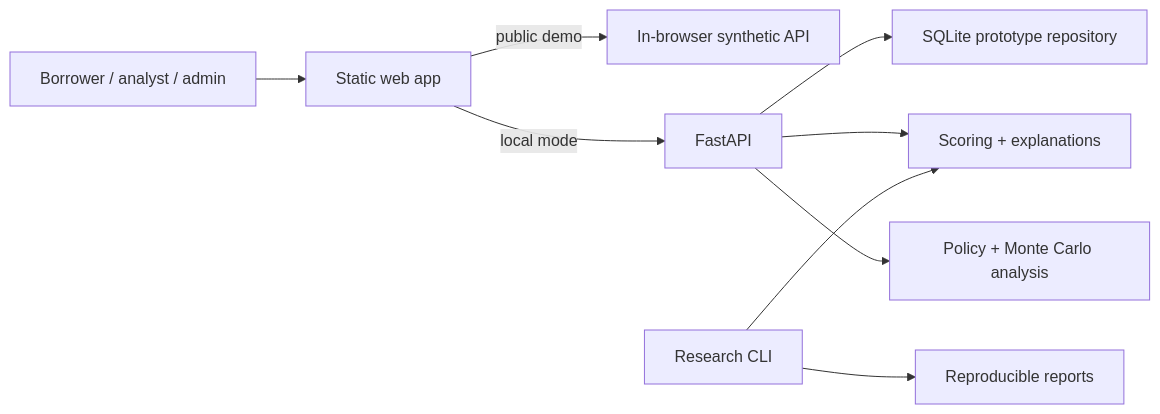
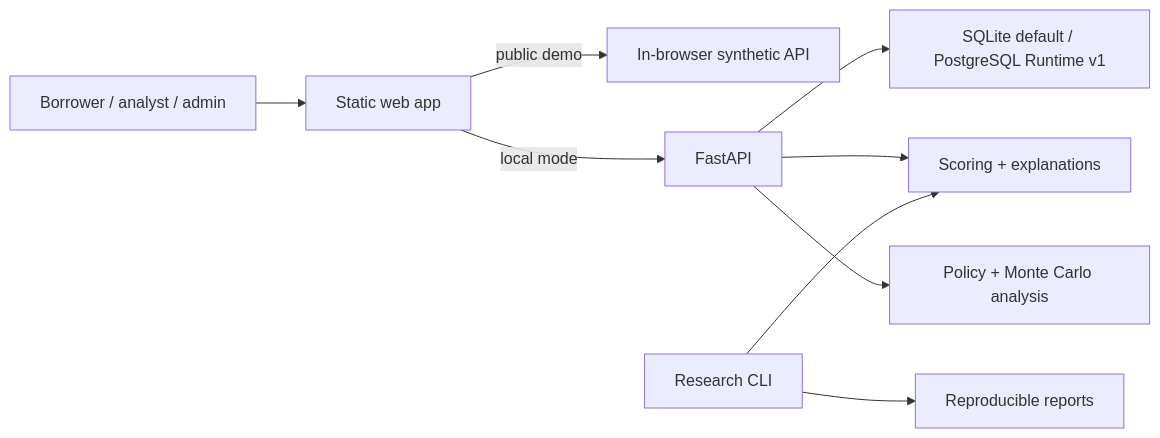
Before and after one commit to alex-tereshkovv/micro-score: the diagram in README.md, drawn with Mermaid. The commit also changed other lines of this file and 37 other files, not shown here.

Commit message:
Add executable PostgreSQL runtime

````diff
--- a/README.md
+++ b/README.md
@@ -64,11 +64,11 @@
 ```mermaid
 flowchart LR
     U[Borrower / analyst / admin] --> W[Static web app]
     W -->|public demo| M[In-browser synthetic API]
     W -->|local mode| A[FastAPI]
-    A --> D[SQLite prototype repository]
+    A --> D[SQLite default / PostgreSQL Runtime v1]
     A --> S[Scoring + explanations]
     A --> P[Policy + Monte Carlo analysis]
     R[Research CLI] --> S
     R --> O[Reproducible reports]
 ```
````
